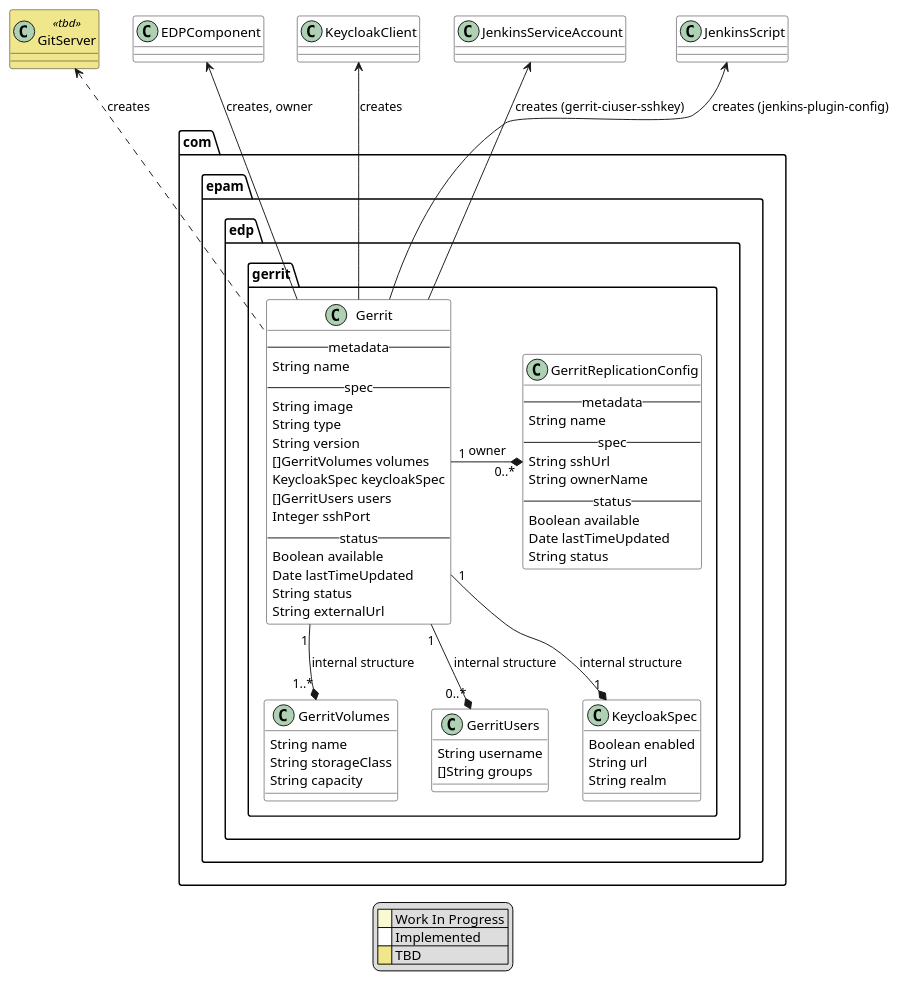
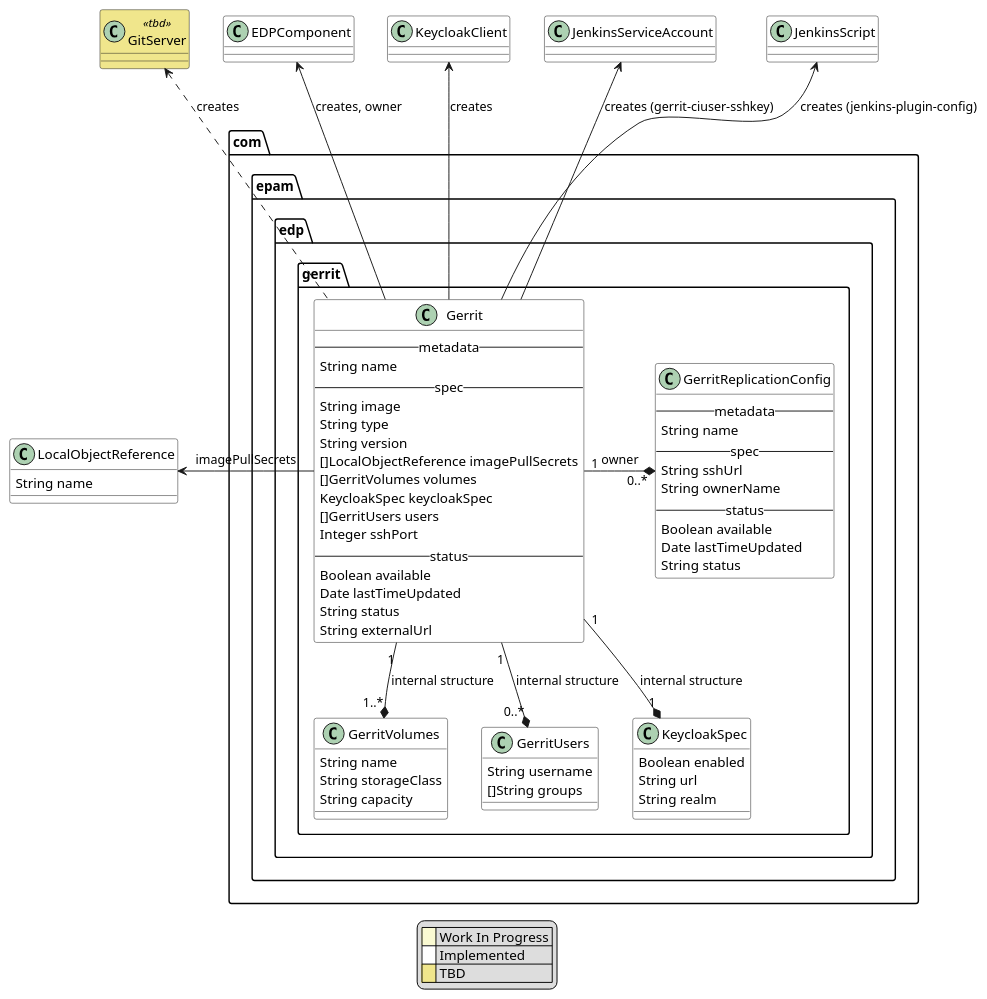
Before and after one commit to epam/edp-gerrit-operator: the diagram in documentation/puml/arch.puml, drawn with PlantUML. The commit also changed 4 other files, not shown here.

Commit message:
[EPMDEDP-4749] Update the Gerrit object with the imagePullSecrets field

```diff
--- a/documentation/puml/arch.puml
+++ b/documentation/puml/arch.puml
@@ -1,82 +1,87 @@
 @startuml
 
 skinparam class {
     BackgroundColor #white
 	BackgroundColor<<wip>> LightGoldenRodYellow
 	BackgroundColor<<tbd>> Khaki
 }
 
 package com.epam.edp.gerrit {
     class Gerrit {
       -- metadata --
         String name
       -- spec --
         String image
         String type
         String version
+        []LocalObjectReference imagePullSecrets
         []GerritVolumes volumes
         KeycloakSpec keycloakSpec
         []GerritUsers users
         Integer sshPort
       -- status --
         Boolean available
         Date lastTimeUpdated
         String status
         String externalUrl
     }
 
     Gerrit "1" --* "1..*" GerritVolumes : internal structure
     class GerritVolumes {
         String name
         String storageClass
         String capacity
     }
 
     Gerrit "1" --* "0..*" GerritUsers : internal structure
     class GerritUsers {
         String username
         []String groups
     }
 
     Gerrit "1" --* "1" KeycloakSpec : internal structure
     class KeycloakSpec {
         Boolean enabled
         String url
         String realm
     }
 
     Gerrit "1" -* "0..*" GerritReplicationConfig : owner
     class GerritReplicationConfig {
         --metadata--
             String name
         --spec--
             String sshUrl
             String ownerName
         --status--
             Boolean available
             Date lastTimeUpdated
             String status
     }
 }
 
 Gerrit -u-> JenkinsScript : creates (jenkins-plugin-config)
 Gerrit -u-> JenkinsServiceAccount : creates (gerrit-ciuser-sshkey)
 Gerrit -u-> KeycloakClient : creates
 Gerrit -u-> EDPComponent : creates, owner
 Gerrit .u.> GitServer : creates
+class LocalObjectReference {
+    String name
+}
+Gerrit -l-> LocalObjectReference : imagePullSecrets
 class GitServer <<tbd>> {
 }
 
 
 legend
 |<back:LightGoldenRodYellow>    </back>| Work In Progress |
 |<back:White>    </back>| Implemented |
 |<back:Khaki>    </back>| TBD |
 endlegend
 
 skinparam class {
 	backgroundColor<<impl>> LightGoldenRodYellow
 	backgroundColor<<wip>> LightGreen
 	backgroundColor<<tbd>> Khaki
 }
 @enduml
```
